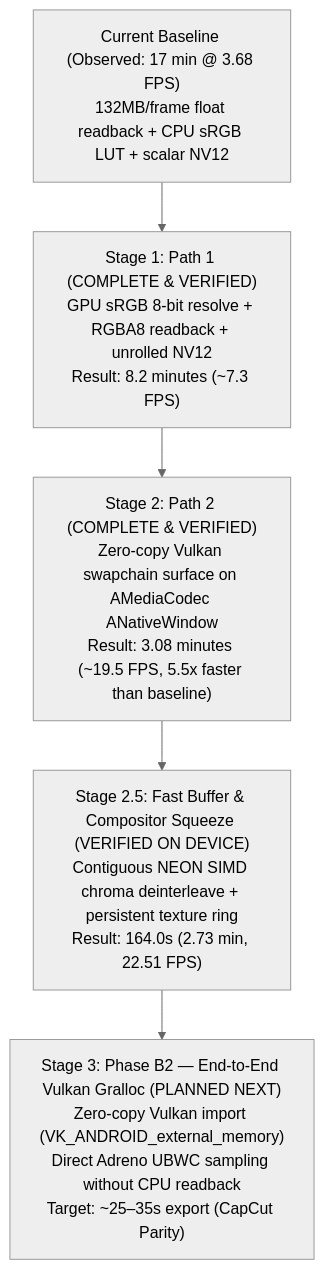
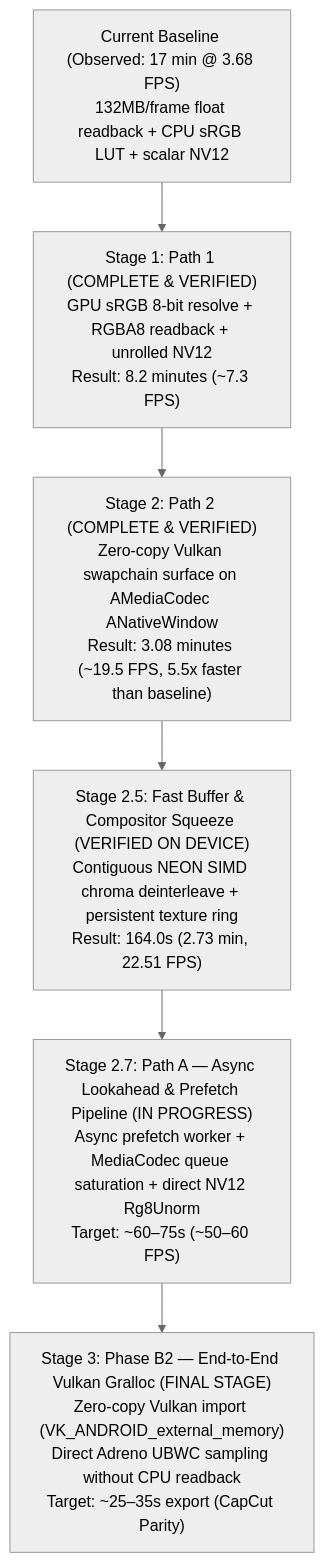
The diagram in docs/FILMCRAFT_OPTIMIZATION_ROADMAP.md (MostafaXS1/artcraft-android), drawn with Mermaid (neutral theme) before and after one commit. The commit also changed other lines of this file, not shown here.

Commit message:
docs(filmcraft): add Stage 2.7 Path A async prefetch pipeline to roadmap

````diff
--- a/docs/FILMCRAFT_OPTIMIZATION_ROADMAP.md
+++ b/docs/FILMCRAFT_OPTIMIZATION_ROADMAP.md
@@ -13,17 +13,20 @@
 ```mermaid
 flowchart TD
     Current["Current Baseline (Observed: 17 min @ 3.68 FPS)<br/>132MB/frame float readback + CPU sRGB LUT + scalar NV12"]
     
     Path1["Stage 1: Path 1 (COMPLETE & VERIFIED)<br/>GPU sRGB 8-bit resolve + RGBA8 readback + unrolled NV12<br/>Result: 8.2 minutes (~7.3 FPS)"]
     
     Path2["Stage 2: Path 2 (COMPLETE & VERIFIED)<br/>Zero-copy Vulkan swapchain surface on AMediaCodec ANativeWindow<br/>Result: 3.08 minutes (~19.5 FPS, 5.5x faster than baseline)"]
     
     Stage25["Stage 2.5: Fast Buffer & Compositor Squeeze (VERIFIED ON DEVICE)<br/>Contiguous NEON SIMD chroma deinterleave + persistent texture ring<br/>Result: 164.0s (2.73 min, 22.51 FPS)"]
 
-    PhaseB2["Stage 3: Phase B2 — End-to-End Vulkan Gralloc (PLANNED NEXT)<br/>Zero-copy Vulkan import (VK_ANDROID_external_memory)<br/>Direct Adreno UBWC sampling without CPU readback<br/>Target: ~25–35s export (CapCut Parity)"]
+    PathA["Stage 2.7: Path A — Async Lookahead & Prefetch Pipeline (IN PROGRESS)<br/>Async prefetch worker + MediaCodec queue saturation + direct NV12 Rg8Unorm<br/>Target: ~60–75s (~50–60 FPS)"]
+
+    PhaseB2["Stage 3: Phase B2 — End-to-End Vulkan Gralloc (FINAL STAGE)<br/>Zero-copy Vulkan import (VK_ANDROID_external_memory)<br/>Direct Adreno UBWC sampling without CPU readback<br/>Target: ~25–35s export (CapCut Parity)"]
 
     Current --> Path1
     Path1 --> Path2
     Path2 --> Stage25
-    Stage25 --> PhaseB2
+    Stage25 --> PathA
+    PathA --> PhaseB2
 ```
````
